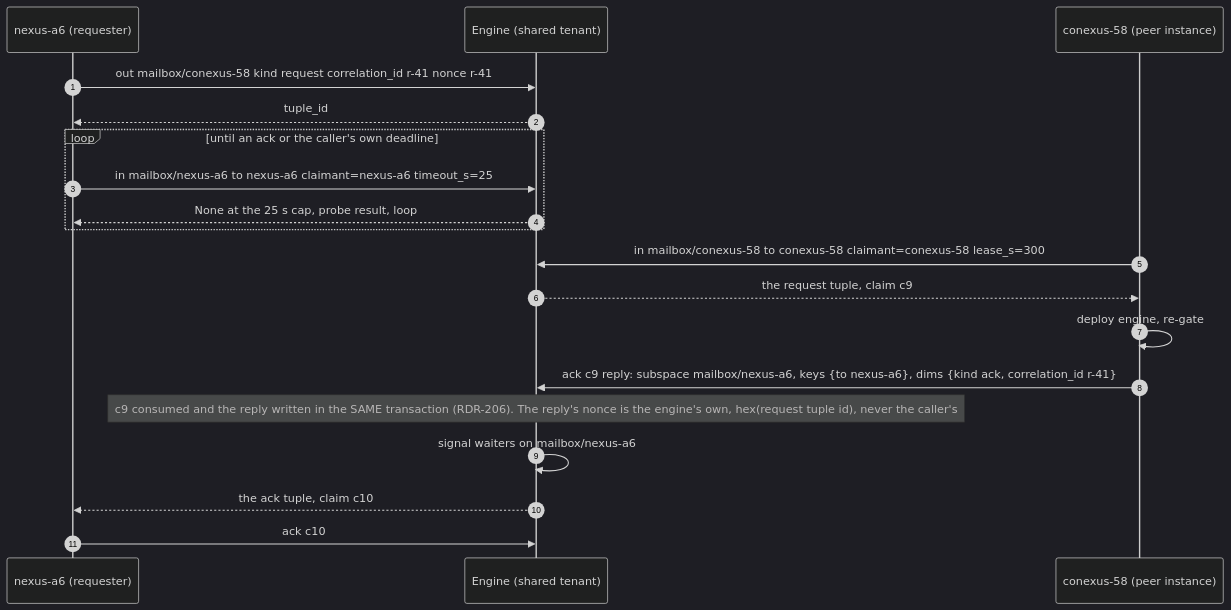
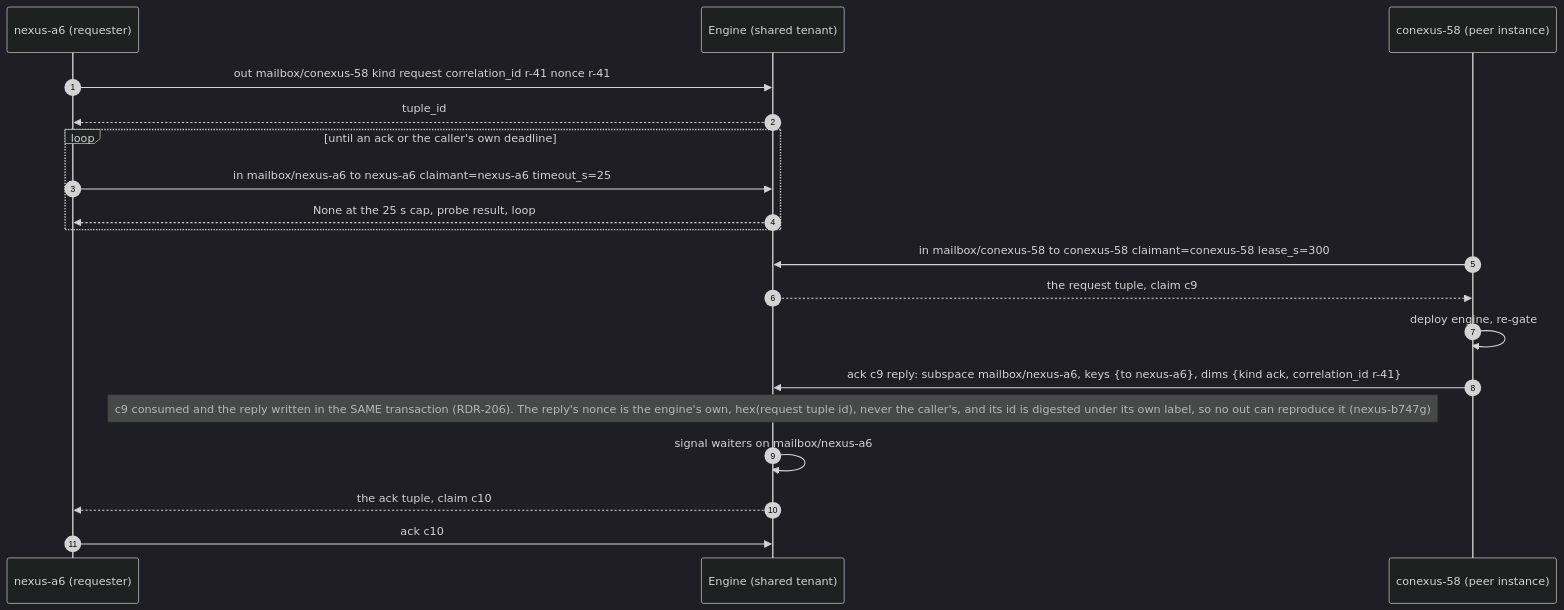
The fifth of 8 diagrams in docs/tuple-space-walkthroughs.md (Hellblazer/nexus), drawn with Mermaid (dark theme) before and after one commit. The commit also changed 5 other files, not shown here.

````diff
--- a/docs/tuple-space-walkthroughs.md
+++ b/docs/tuple-space-walkthroughs.md
@@ -148,22 +148,22 @@
 ```mermaid
 sequenceDiagram
     autonumber
     participant N as nexus-a6 (requester)
     participant E as Engine (shared tenant)
     participant C as conexus-58 (peer instance)
 
     N->>E: out mailbox/conexus-58 kind request correlation_id r-41 nonce r-41
     E-->>N: tuple_id
     loop until an ack or the caller's own deadline
         N->>E: in mailbox/nexus-a6 to nexus-a6 claimant=nexus-a6 timeout_s=25
         E-->>N: None at the 25 s cap, probe result, loop
     end
     C->>E: in mailbox/conexus-58 to conexus-58 claimant=conexus-58 lease_s=300
     E-->>C: the request tuple, claim c9
     C->>C: deploy engine, re-gate
     C->>E: ack c9 reply: subspace mailbox/nexus-a6, keys {to nexus-a6}, dims {kind ack, correlation_id r-41}
-    Note over E: c9 consumed and the reply written in the SAME transaction (RDR-206). The reply's nonce is the engine's own, hex(request tuple id), never the caller's
+    Note over E: c9 consumed and the reply written in the SAME transaction (RDR-206). The reply's nonce is the engine's own, hex(request tuple id), never the caller's, and its id is digested under its own label, so no out can reproduce it (nexus-b747g)
     E->>E: signal waiters on mailbox/nexus-a6
     E-->>N: the ack tuple, claim c10
     N->>E: ack c10
 ```
````
